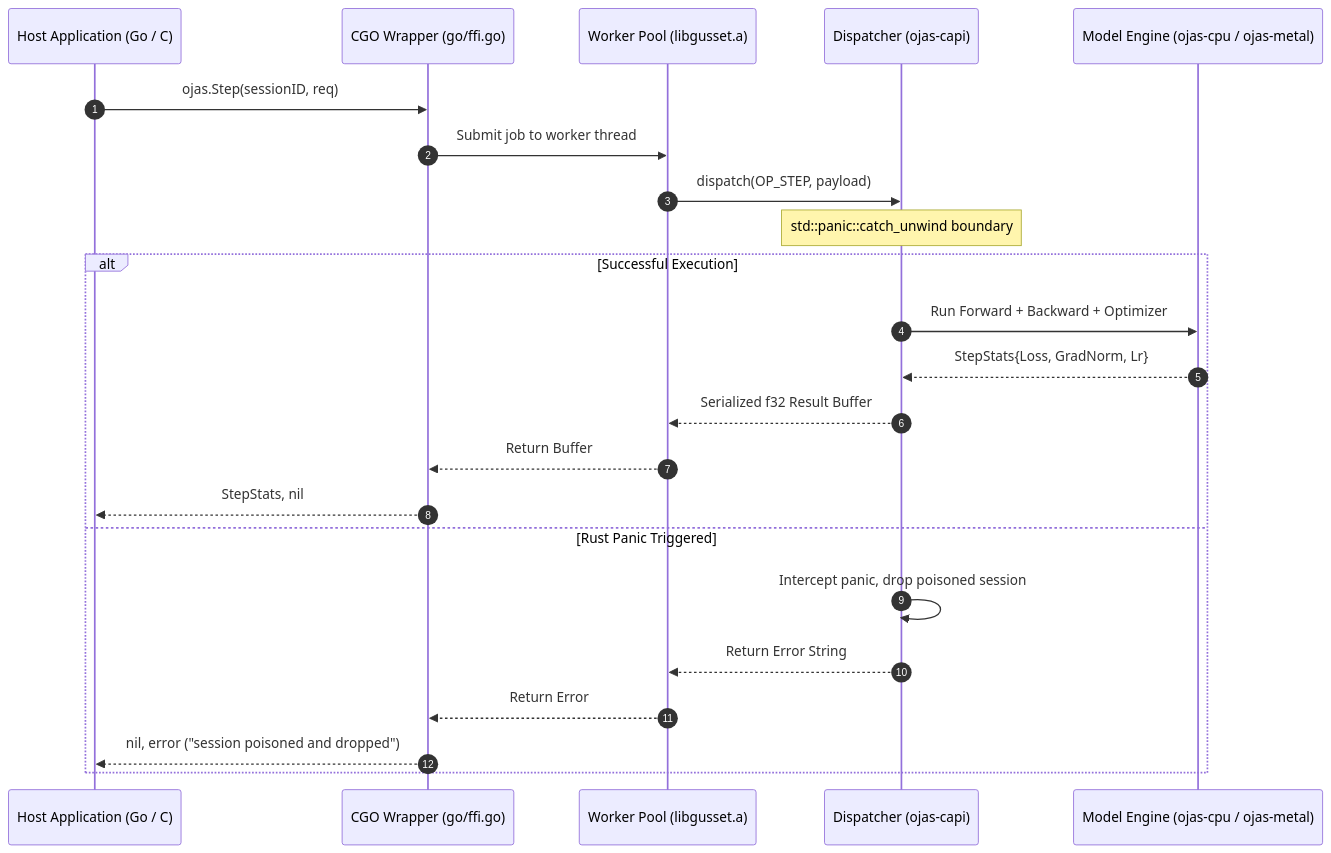
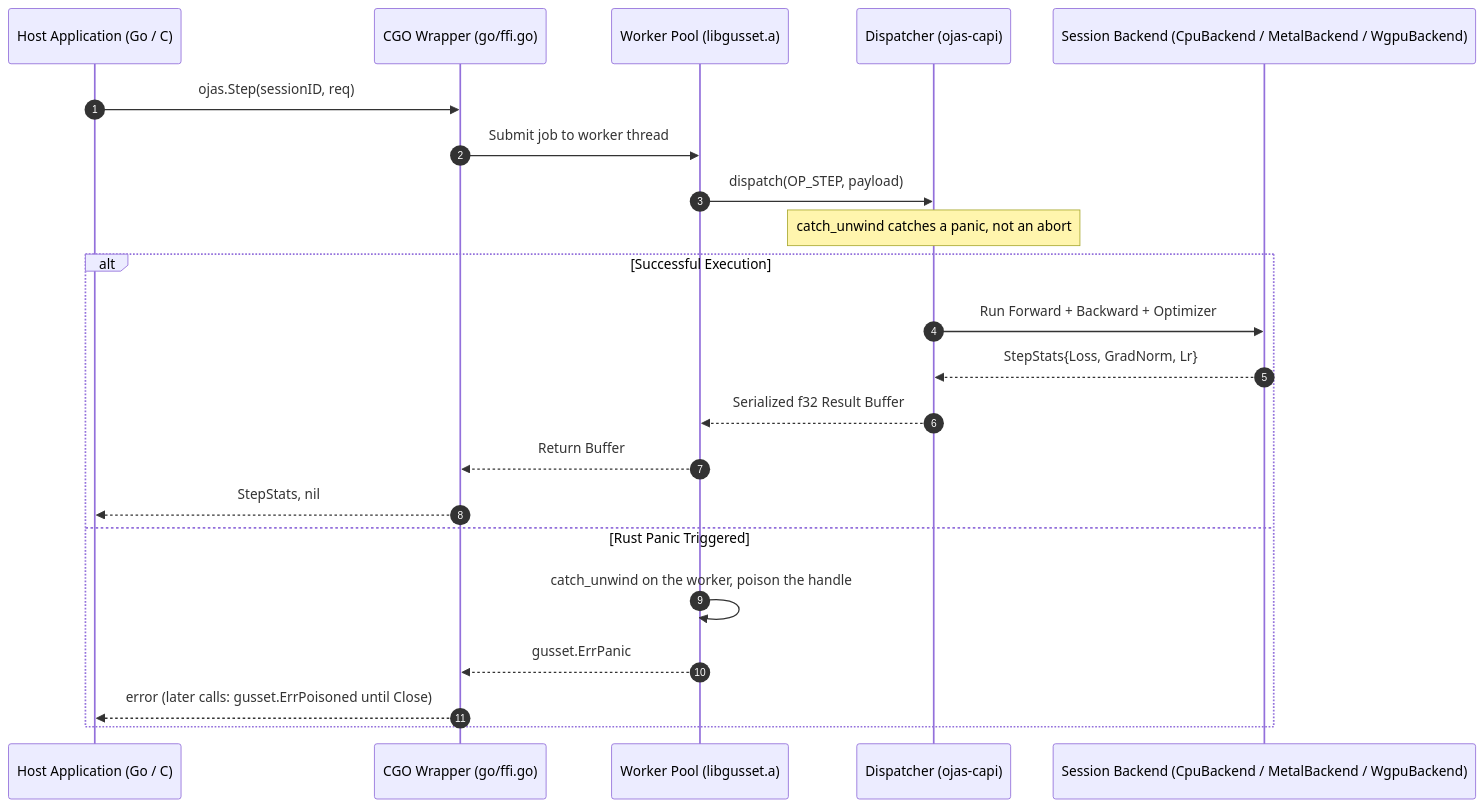
The sixth of 8 diagrams in docs/architecture.md (bharathvbcr/ojas), drawn with Mermaid before and after one commit. The commit also changed other lines of this file and 341 other files, not shown here.

````diff
--- a/docs/architecture.md
+++ b/docs/architecture.md
@@ -160,27 +175,26 @@
 ```mermaid
 sequenceDiagram
     autonumber
     participant App as Host Application (Go / C)
     participant CGO as CGO Wrapper (go/ffi.go)
     participant Gusset as Worker Pool (libgusset.a)
     participant CAPI as Dispatcher (ojas-capi)
-    participant Engine as Model Engine (ojas-cpu / ojas-metal)
+    participant Engine as Session Backend (CpuBackend / MetalBackend / WgpuBackend)
 
     App->>CGO: ojas.Step(sessionID, req)
     CGO->>Gusset: Submit job to worker thread
     Gusset->>CAPI: dispatch(OP_STEP, payload)
     
-    Note over CAPI: std::panic::catch_unwind boundary
+    Note over CAPI: catch_unwind catches a panic, not an abort
     alt Successful Execution
         CAPI->>Engine: Run Forward + Backward + Optimizer
         Engine-->>CAPI: StepStats{Loss, GradNorm, Lr}
         CAPI-->>Gusset: Serialized f32 Result Buffer
         Gusset-->>CGO: Return Buffer
         CGO-->>App: StepStats, nil
     else Rust Panic Triggered
-        CAPI->>CAPI: Intercept panic, drop poisoned session
-        CAPI-->>Gusset: Return Error String
-        Gusset-->>CGO: Return Error
-        CGO-->>App: nil, error ("session poisoned and dropped")
+        Gusset->>Gusset: catch_unwind on the worker, poison the handle
+        Gusset-->>CGO: gusset.ErrPanic
+        CGO-->>App: error (later calls: gusset.ErrPoisoned until Close)
     end
 ```
````
